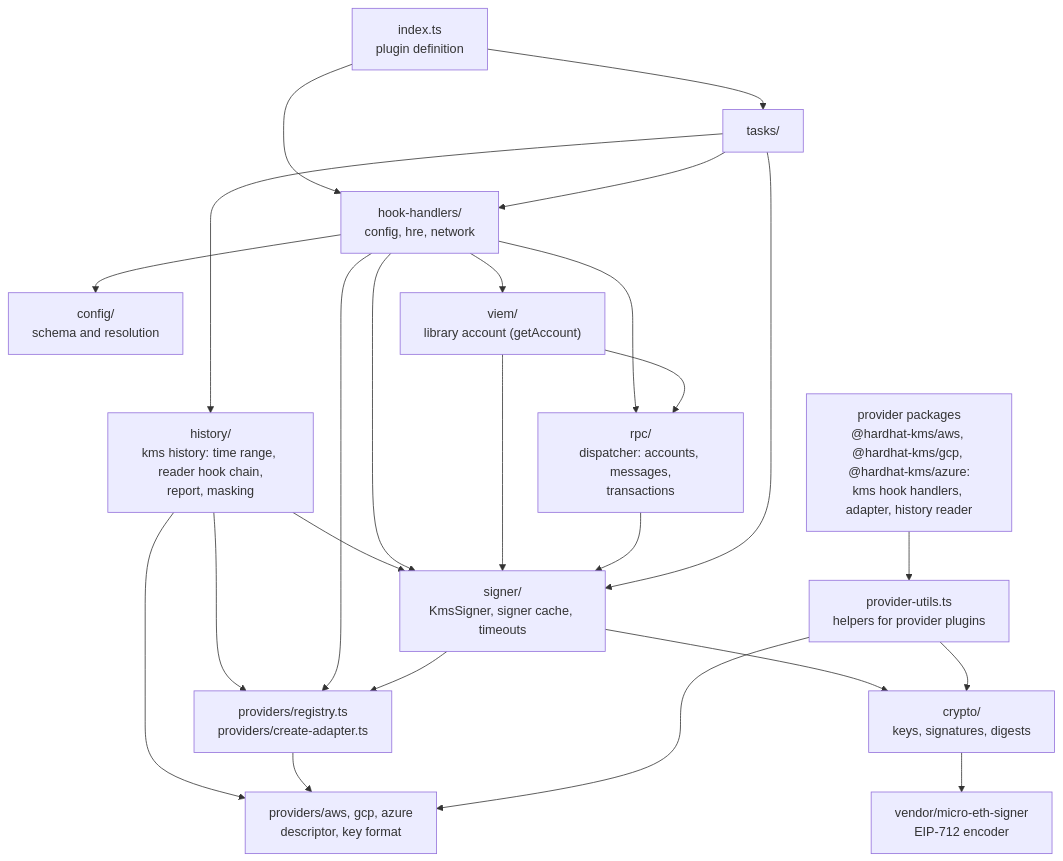
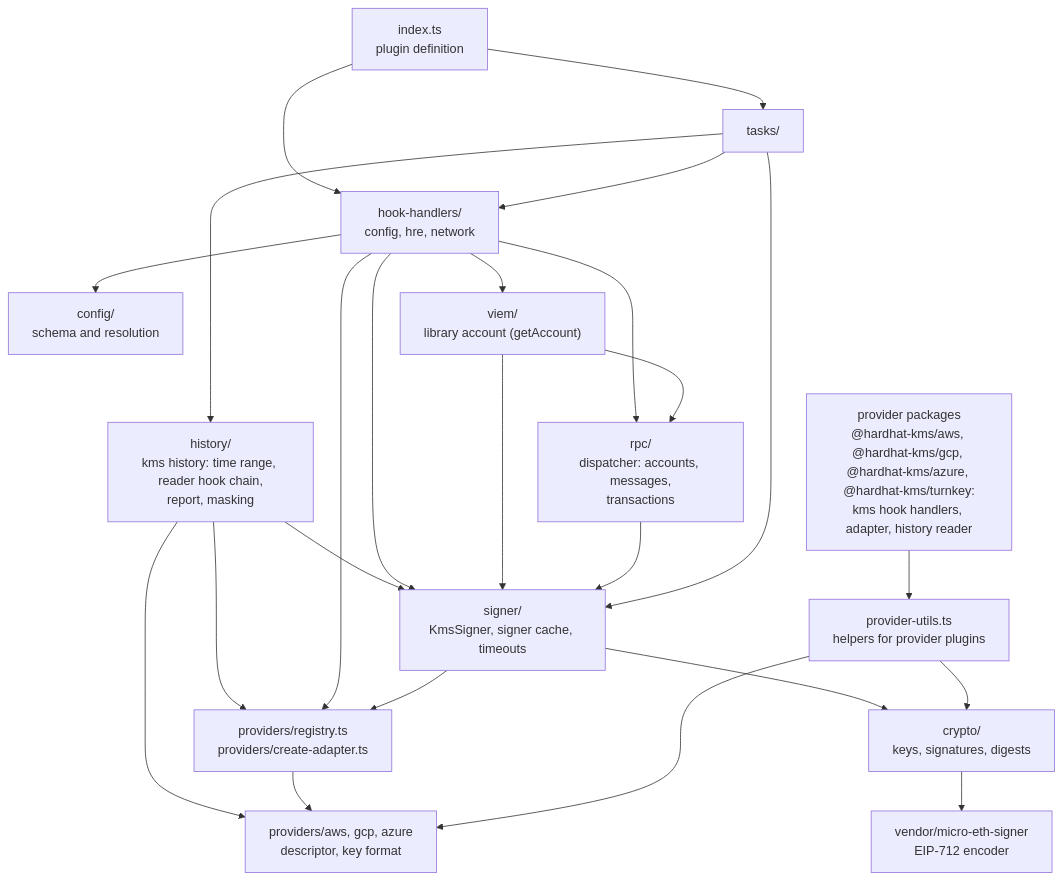
One commit to aelmanaa/hardhat-kms changed the first of 7 diagrams in docs/contributor/architecture.md. Above: the diagram before and after it, drawn with Mermaid. The commit also changed other lines of this file and 19 other files, not shown here.

````diff
--- a/docs/contributor/architecture.md
+++ b/docs/contributor/architecture.md
@@ -11,26 +11,26 @@
 ```mermaid
 flowchart TD
   index["index.ts<br/>plugin definition"] --> hooks["hook-handlers/<br/>config, hre, network"]
   index --> tasks["tasks/"]
   tasks --> history["history/<br/>kms history: time range, reader hook chain,<br/>report, masking"]
   history --> registry
   history --> descriptors
   history --> signer
   hooks --> config["config/<br/>schema and resolution"]
   hooks --> registry["providers/registry.ts<br/>providers/create-adapter.ts"]
   hooks --> rpc["rpc/<br/>dispatcher: accounts, messages,<br/>transactions"]
   hooks --> signer
   hooks --> viem["viem/<br/>library account (getAccount)"]
   viem --> rpc
   viem --> signer
   rpc --> signer["signer/<br/>KmsSigner, signer cache, timeouts"]
   signer --> registry
   tasks --> signer
   tasks --> hooks
   registry --> descriptors["providers/aws, gcp, azure<br/>descriptor, key format"]
   signer --> crypto["crypto/<br/>keys, signatures, digests"]
-  packages["provider packages<br/>@hardhat-kms/aws, @hardhat-kms/gcp, @hardhat-kms/azure:<br/>kms hook handlers, adapter, history reader"] --> utils["provider-utils.ts<br/>helpers for provider plugins"]
+  packages["provider packages<br/>@hardhat-kms/aws, @hardhat-kms/gcp, @hardhat-kms/azure, @hardhat-kms/turnkey:<br/>kms hook handlers, adapter, history reader"] --> utils["provider-utils.ts<br/>helpers for provider plugins"]
   utils --> crypto
   utils --> descriptors
   crypto --> vendor["vendor/micro-eth-signer<br/>EIP-712 encoder"]
 ```
````
